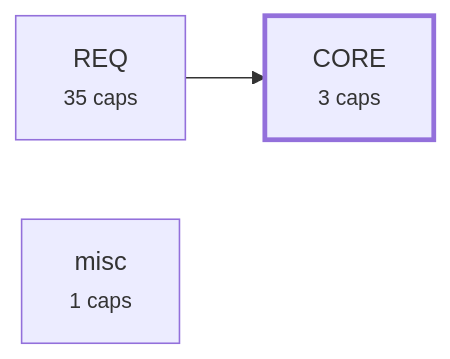
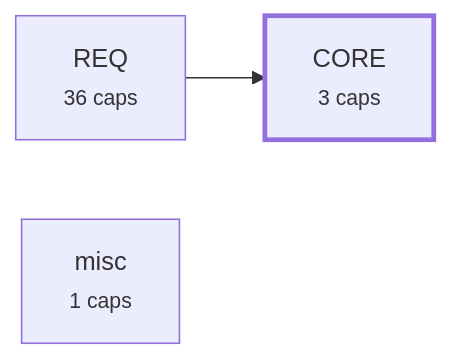
The third of 4 diagrams in plugin/requirements/_map.md (alxmax/Requirement-manager), drawn with Mermaid before and after one commit. The commit also changed other lines of this file and 15 other files, not shown here.

````diff
--- a/plugin/requirements/_map.md
+++ b/plugin/requirements/_map.md
@@ -288,8 +295,8 @@
 ```mermaid
 graph LR
   a_CORE["CORE<br><small>3 caps</small>"]
-  a_REQ["REQ<br><small>35 caps</small>"]
+  a_REQ["REQ<br><small>36 caps</small>"]
   a_misc["misc<br><small>1 caps</small>"]
   a_REQ --> a_CORE
   style a_CORE stroke-width:3px
 ```
````
